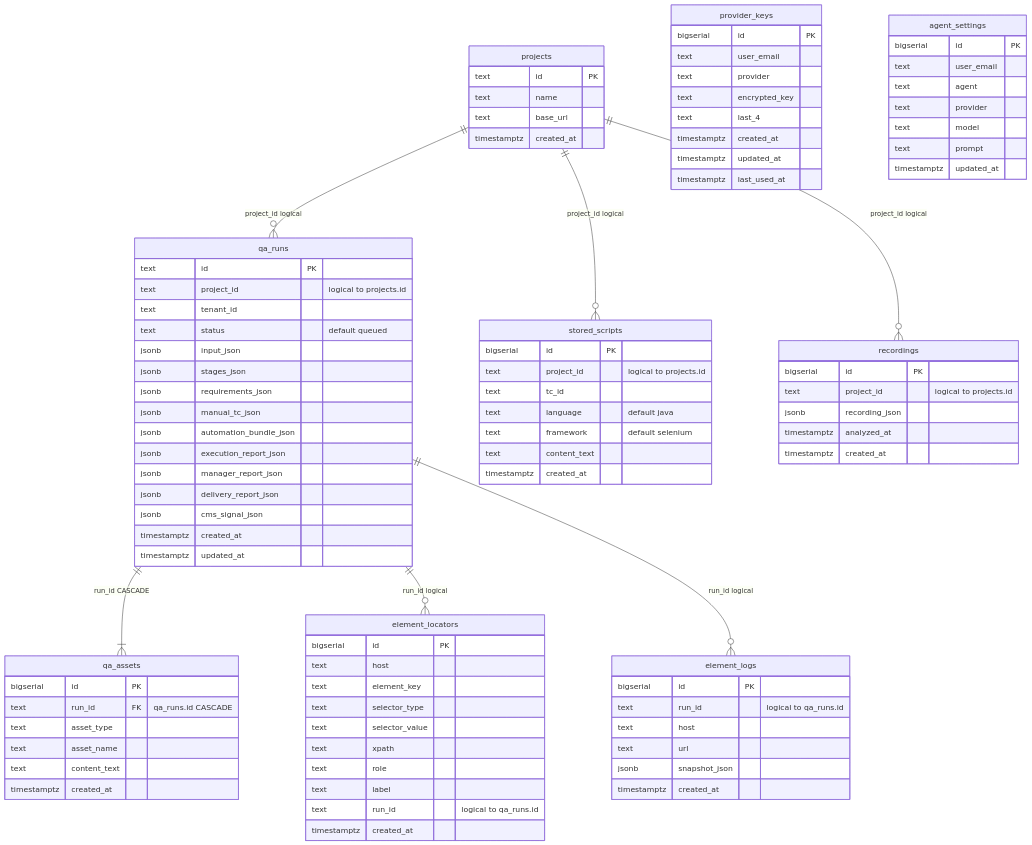
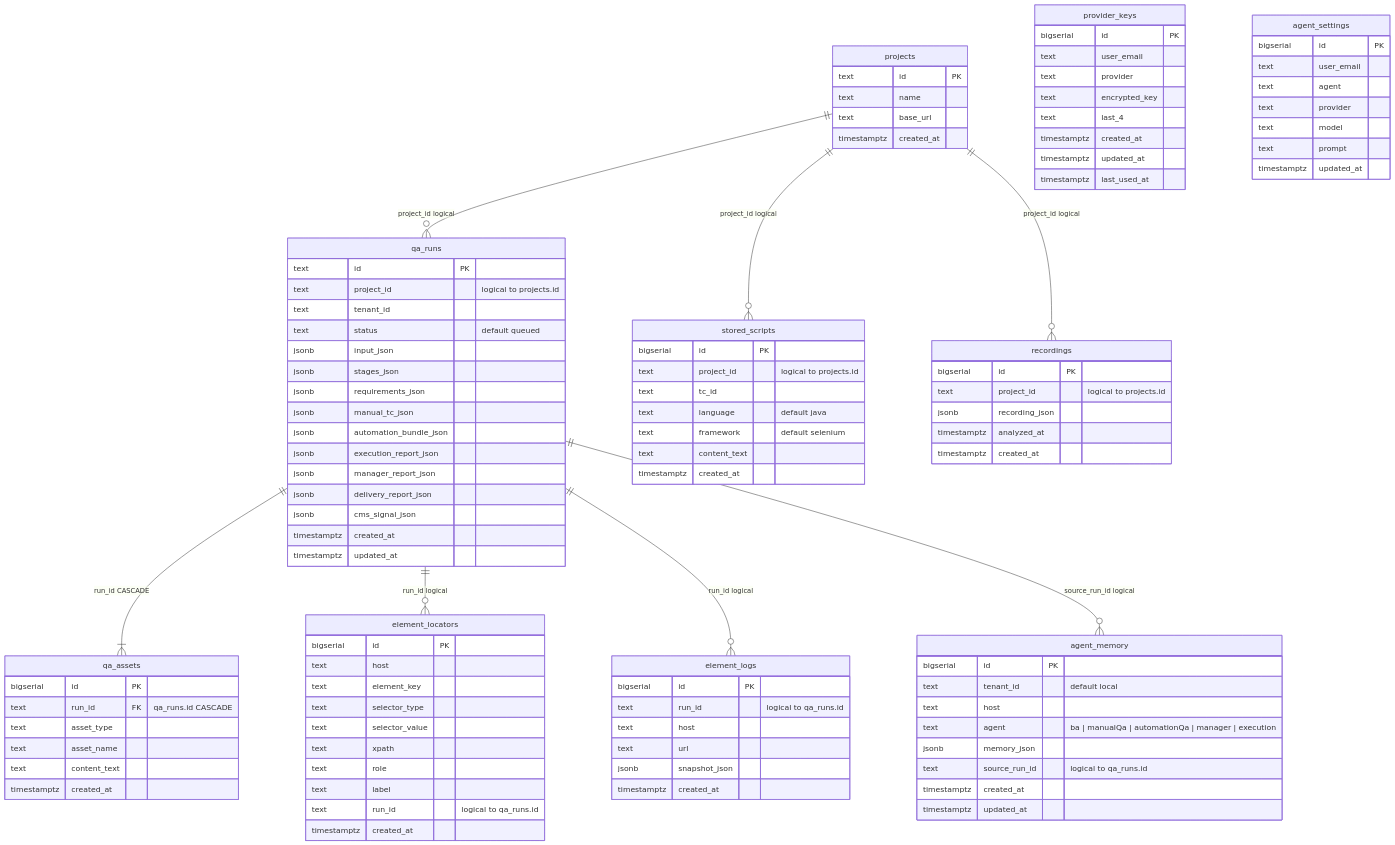
The diagram in support/zero-docs/docs/v1/DATABASE.md (WisecraftAI/Zero), drawn with Mermaid before and after one commit. The commit also changed other lines of this file and 494 other files, not shown here.

````diff
--- a/support/zero-docs/docs/v1/DATABASE.md
+++ b/support/zero-docs/docs/v1/DATABASE.md
@@ -20,6 +20,7 @@
   qa_runs ||--|{ qa_assets : "run_id CASCADE"
   qa_runs ||--o{ element_locators : "run_id logical"
   qa_runs ||--o{ element_logs : "run_id logical"
+  qa_runs ||--o{ agent_memory : "source_run_id logical"
 
   projects {
     text id PK
@@ -115,4 +116,15 @@
     text prompt
     timestamptz updated_at
   }
+
+  agent_memory {
+    bigserial id PK
+    text tenant_id "default local"
+    text host
+    text agent "ba | manualQa | automationQa | manager | execution"
+    jsonb memory_json
+    text source_run_id "logical to qa_runs.id"
+    timestamptz created_at
+    timestamptz updated_at
+  }
 ```
````
